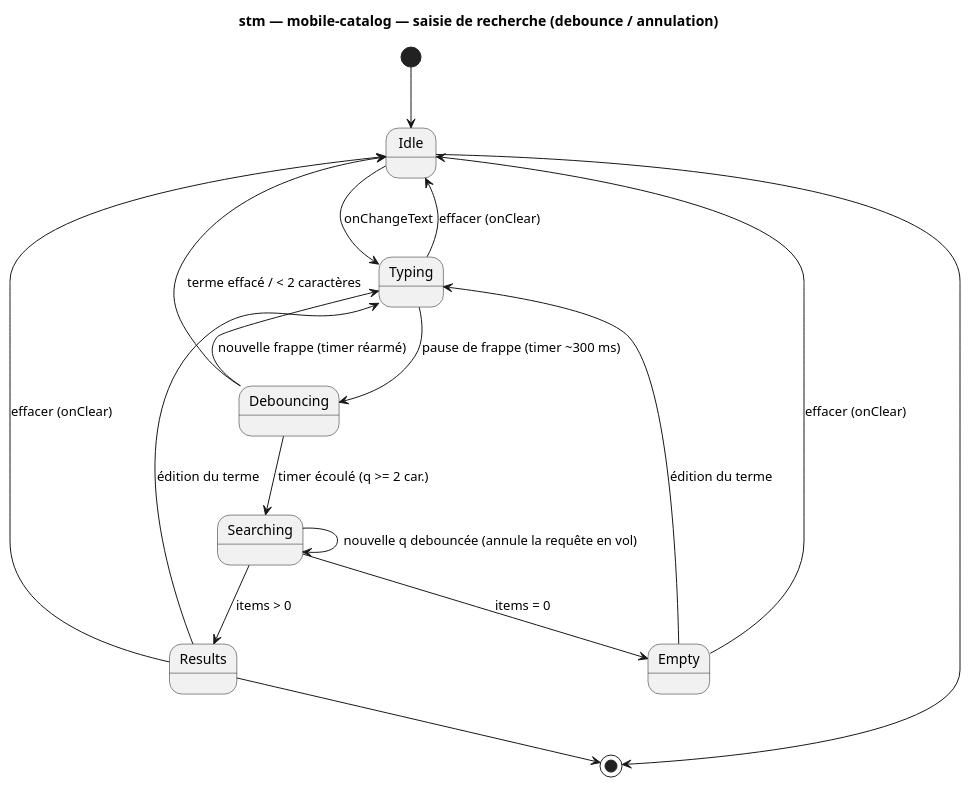
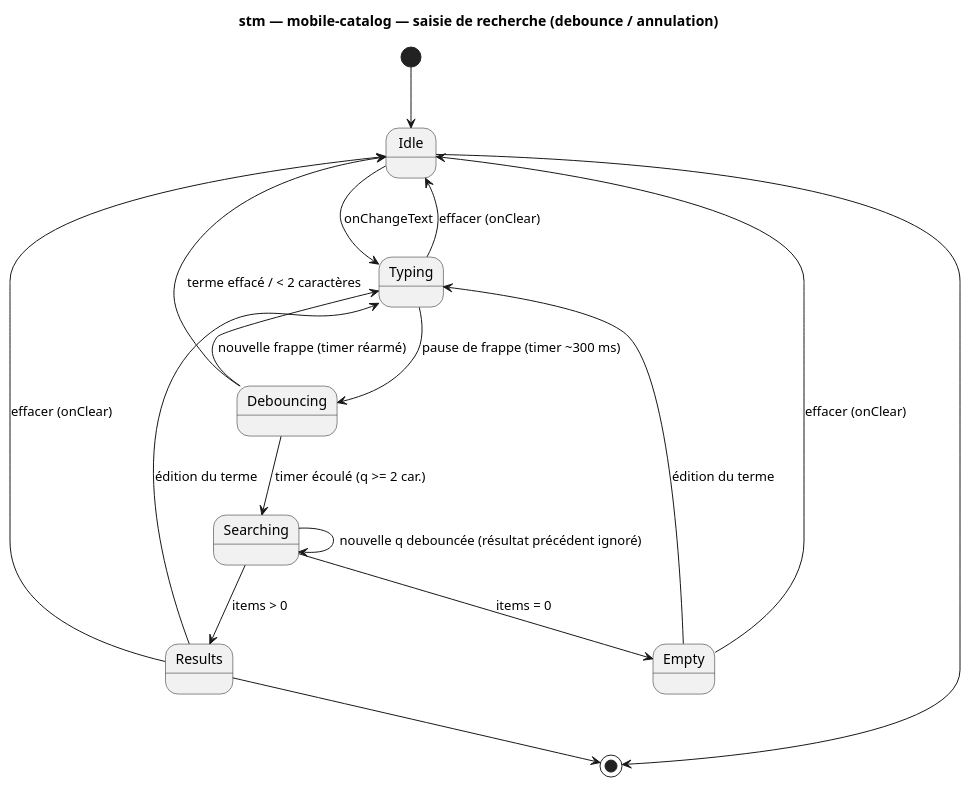
One commit to benoit-bremaud/brasse-bouillon changed the second of 2 diagrams in docs/architecture/diagrams/mobile-catalog/08-state-search-input.md. Above: the diagram before and after it, drawn with PlantUML. The commit also changed other lines of this file and 6 other files, not shown here.

````diff
--- a/docs/architecture/diagrams/mobile-catalog/08-state-search-input.md
+++ b/docs/architecture/diagrams/mobile-catalog/08-state-search-input.md
@@ -43,25 +43,25 @@
 ```plantuml
 @startuml
 title stm — mobile-catalog — saisie de recherche (debounce / annulation)
 [*] --> Idle
 
 Idle --> Typing : onChangeText
 Typing --> Debouncing : pause de frappe (timer ~300 ms)
 Debouncing --> Typing : nouvelle frappe (timer réarmé)
 Debouncing --> Idle : terme effacé / < 2 caractères
 Debouncing --> Searching : timer écoulé (q >= 2 car.)
 
 Searching --> Results : items > 0
 Searching --> Empty : items = 0
-Searching --> Searching : nouvelle q debouncée (annule la requête en vol)
+Searching --> Searching : nouvelle q debouncée (résultat précédent ignoré)
 
 Results --> Typing : édition du terme
 Empty --> Typing : édition du terme
 Results --> Idle : effacer (onClear)
 Empty --> Idle : effacer (onClear)
 Typing --> Idle : effacer (onClear)
 
 Results --> [*]
 Idle --> [*]
 @enduml
 ```
````
